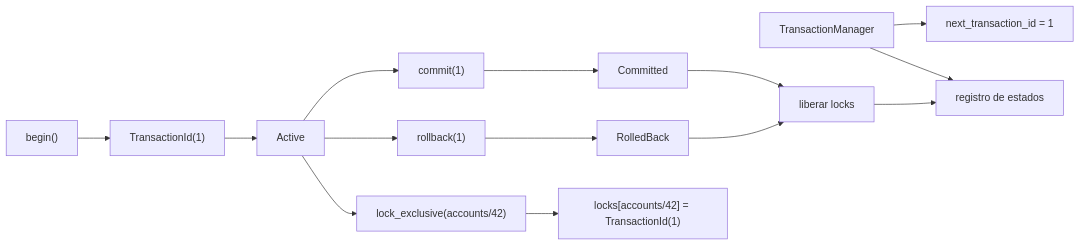
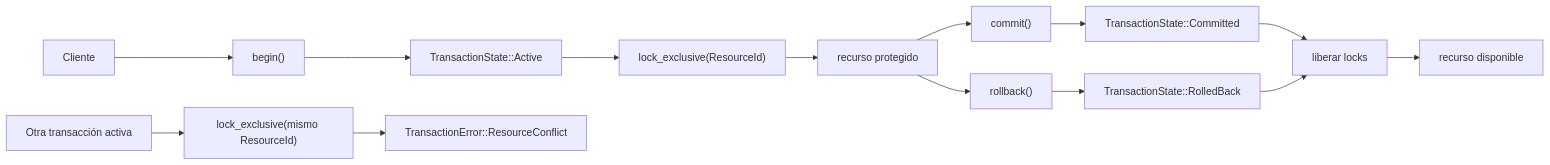
The diagram in docs/04-transacciones.md (jeresoftx/rust-database-internals), drawn with Mermaid before and after one commit. The commit also changed other lines of this file and 13 other files, not shown here.

````diff
--- a/docs/04-transacciones.md
+++ b/docs/04-transacciones.md
@@ -96,16 +215,18 @@
 ```mermaid
 flowchart LR
-    manager["TransactionManager"] --> next["next_transaction_id = 1"]
-    manager --> registry["registro de estados"]
-    begin["begin()"] --> id1["TransactionId(1)"]
-    id1 --> active["Active"]
-    active --> commit["commit(1)"]
-    active --> rollback["rollback(1)"]
-    active --> lock["lock_exclusive(accounts/42)"]
-    lock --> locks["locks[accounts/42] = TransactionId(1)"]
-    commit --> committed["Committed"]
-    rollback --> rolled_back["RolledBack"]
+    client["Cliente"] --> begin["begin()"]
+    begin --> active["TransactionState::Active"]
+    active --> lock["lock_exclusive(ResourceId)"]
+    lock --> owned["recurso protegido"]
+
+    other["Otra transacción activa"] --> request["lock_exclusive(mismo ResourceId)"]
+    request --> conflict["TransactionError::ResourceConflict"]
+
+    owned --> commit["commit()"]
+    owned --> rollback["rollback()"]
+    commit --> committed["TransactionState::Committed"]
+    rollback --> rolled_back["TransactionState::RolledBack"]
     committed --> release["liberar locks"]
     rolled_back --> release
-    release --> registry
+    release --> available["recurso disponible"]
 ```
````
